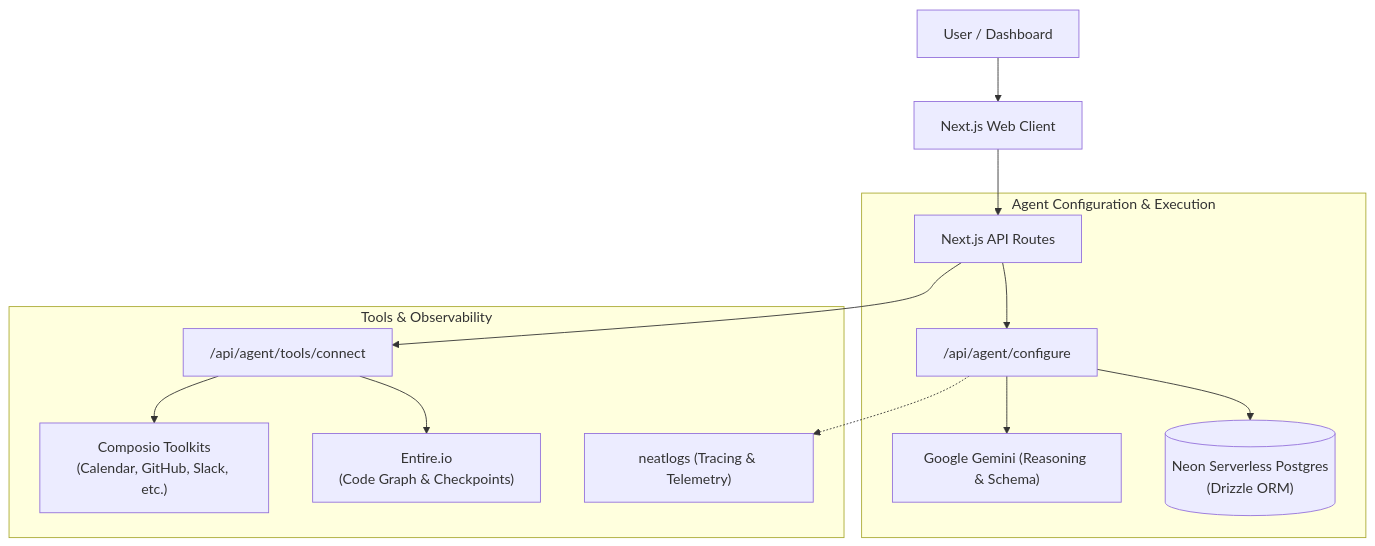
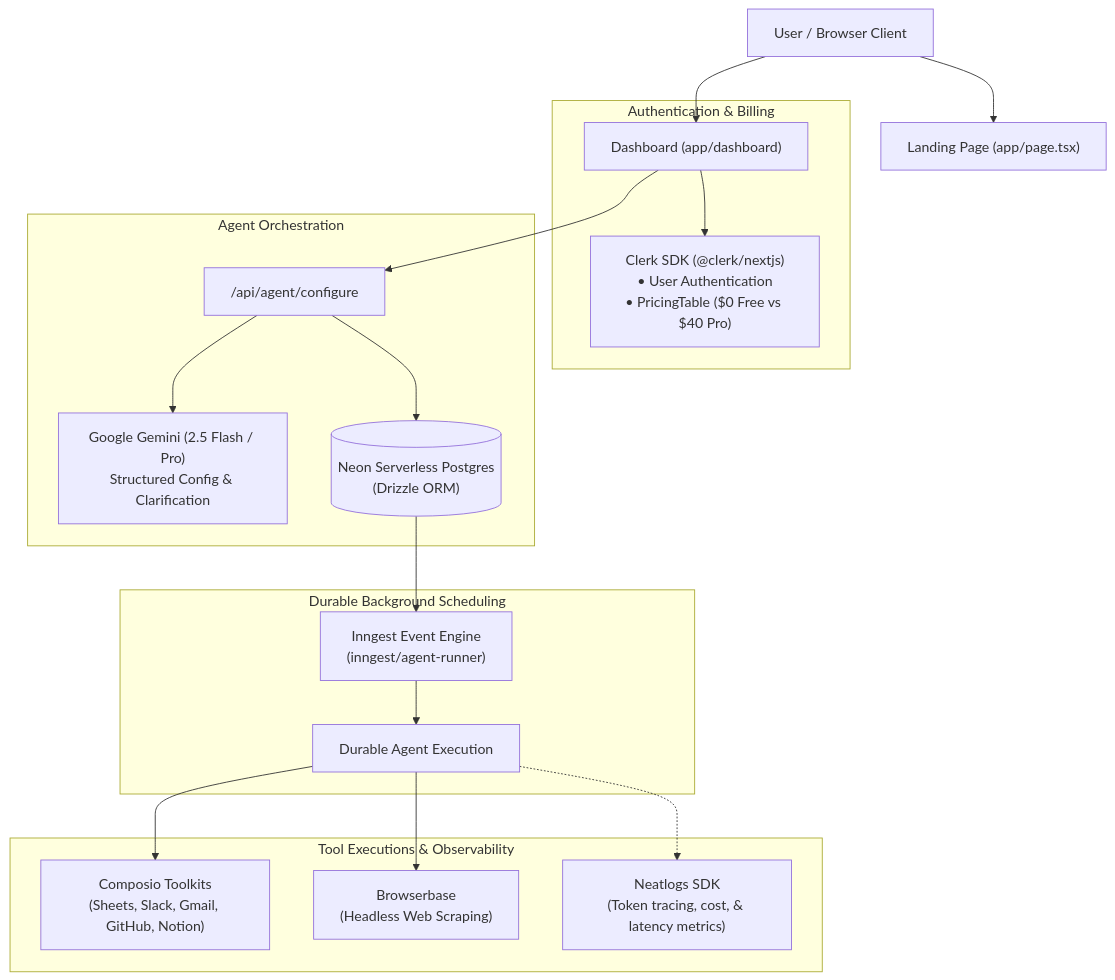
The diagram in README.md (prakharsingh-74/Groovi-AI), drawn with Mermaid before and after one commit. The commit also changed other lines of this file and 2 other files, not shown here.

````diff
--- a/README.md
+++ b/README.md
@@ -20,18 +36,26 @@
 ```mermaid
 flowchart TD
-    User["User / Dashboard"] --> NextClient["Next.js Web Client"]
-    NextClient --> API["Next.js API Routes"]
+    User["User / Browser Client"] --> Landing["Landing Page (app/page.tsx)"]
+    User --> Dash["Dashboard (app/dashboard)"]
     
-    subgraph AgentEngine ["Agent Configuration & Execution"]
-        API --> ConfigRoute["/api/agent/configure"]
-        ConfigRoute --> Gemini["Google Gemini (Reasoning & Schema)"]
-        ConfigRoute --> DB[("Neon Serverless Postgres\n(Drizzle ORM)")]
+    subgraph AuthAndBilling ["Authentication & Billing"]
+        Dash --> Clerk["Clerk SDK (@clerk/nextjs)\n• User Authentication\n• PricingTable ($0 Free vs $40 Pro)"]
     end
 
-    subgraph Integrations ["Tools & Observability"]
-        API --> ToolConnect["/api/agent/tools/connect"]
-        ToolConnect --> Composio["Composio Toolkits\n(Calendar, GitHub, Slack, etc.)"]
-        ToolConnect --> Entire["Entire.io\n(Code Graph & Checkpoints)"]
-        ConfigRoute -.-> Neatlogs["neatlogs (Tracing & Telemetry)"]
+    subgraph AgentEngine ["Agent Orchestration"]
+        Dash --> ConfigAPI["/api/agent/configure"]
+        ConfigAPI --> Gemini["Google Gemini (2.5 Flash / Pro)\nStructured Config & Clarification"]
+        ConfigAPI --> Neon[("Neon Serverless Postgres\n(Drizzle ORM)")]
+    end
+
+    subgraph DurableRuntime ["Durable Background Scheduling"]
+        Neon --> InngestScheduler["Inngest Event Engine\n(inngest/agent-runner)"]
+        InngestScheduler --> Runner["Durable Agent Execution"]
+    end
+
+    subgraph ToolsAndTelemetry ["Tool Executions & Observability"]
+        Runner --> Composio["Composio Toolkits\n(Sheets, Slack, Gmail, GitHub, Notion)"]
+        Runner --> Browserbase["Browserbase\n(Headless Web Scraping)"]
+        Runner -.-> Neatlogs["Neatlogs SDK\n(Token tracing, cost, & latency metrics)"]
     end
 ```
````
